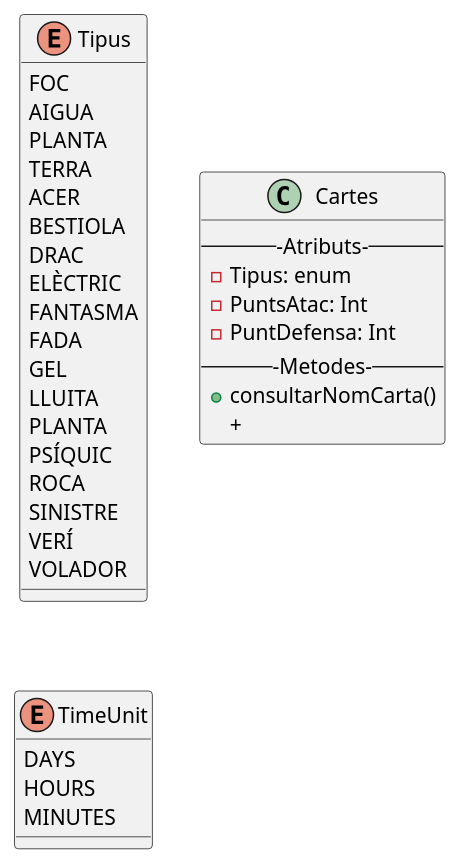
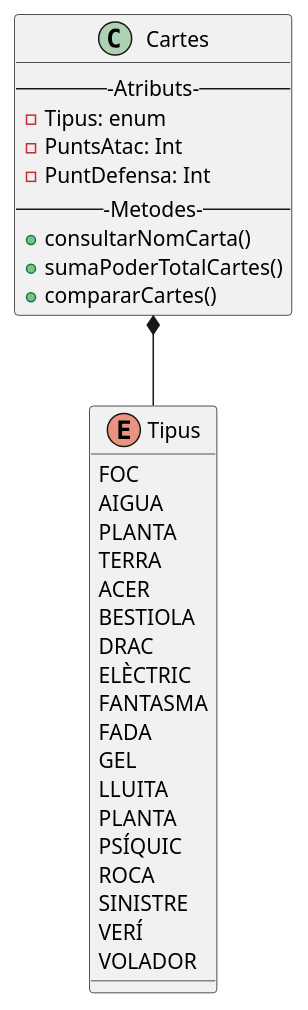
The diagram in src/main/kotlin/UML/CartesPokemon.puml (ScarlettToala/m05-Exercicis-UML), drawn with PlantUML before and after one commit. The commit also changed 6 other files, not shown here.

```diff
--- a/src/main/kotlin/UML/CartesPokemon.puml
+++ b/src/main/kotlin/UML/CartesPokemon.puml
@@ -1,41 +1,37 @@
 @startuml
 'https://plantuml.com/class-diagram
 
 enum Tipus{
 FOC
 AIGUA
 PLANTA
 TERRA
 ACER
 BESTIOLA
 DRAC
 ELÈCTRIC
 FANTASMA
 FADA
 GEL
 LLUITA
 PLANTA
 PSÍQUIC
 ROCA
 SINISTRE
 VERÍ
 VOLADOR
 }
 
 class Cartes{
 ---Atributs---
     - Tipus: enum
     - PuntsAtac: Int
     - PuntDefensa: Int
 ---Metodes---
  + consultarNomCarta()
- +
+ + sumaPoderTotalCartes()
+ + compararCartes()
 }
 
-enum TimeUnit {
-DAYS
-HOURS
-MINUTES
-}
-
+Cartes *-- Tipus
 @enduml
```
